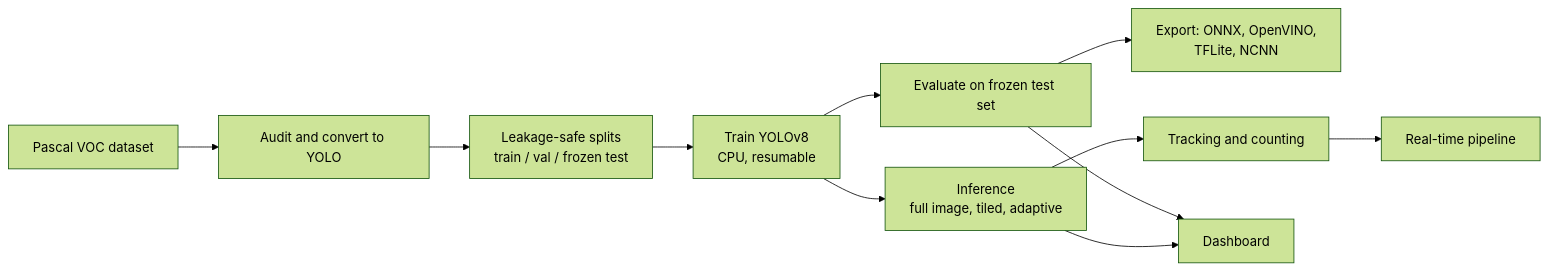
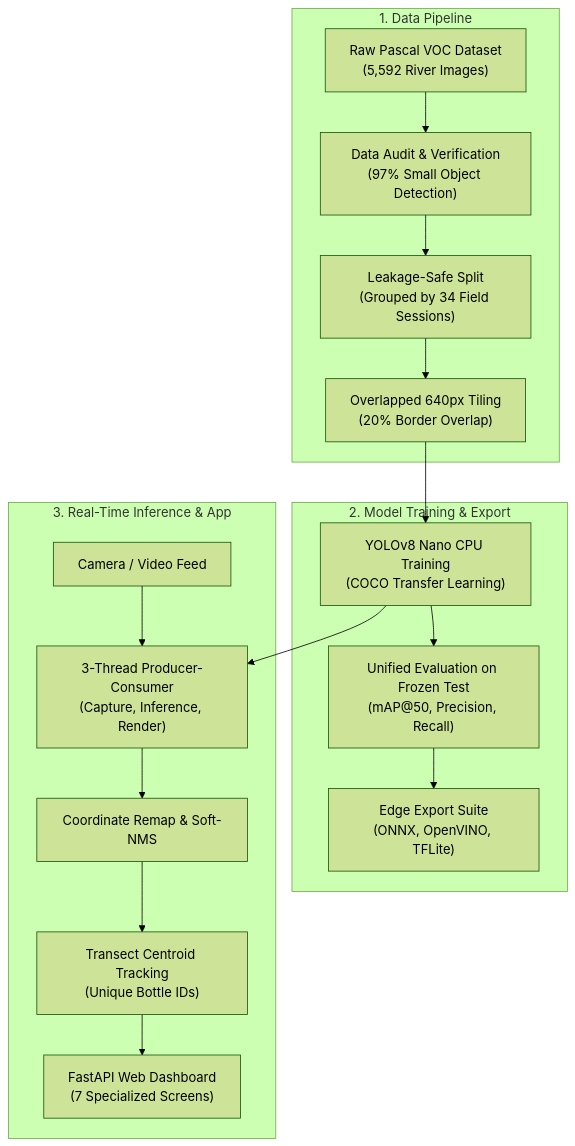
The diagram in README.md (ManasKrishna-21/PurifEye), drawn with Mermaid (forest theme) before and after one commit. The commit also changed other lines of this file, not shown here.

````diff
--- a/README.md
+++ b/README.md
@@ -46,13 +37,22 @@
 ```mermaid
-flowchart LR
-    A[Pascal VOC dataset] --> B[Audit and convert to YOLO]
-    B --> C[Leakage-safe splits<br/>train / val / frozen test]
-    C --> D[Train YOLOv8<br/>CPU, resumable]
-    D --> E[Evaluate on frozen test set]
-    E --> F[Export: ONNX, OpenVINO,<br/>TFLite, NCNN]
-    D --> G[Inference<br/>full image, tiled, adaptive]
-    G --> H[Tracking and counting]
-    H --> I[Real-time pipeline]
-    E --> J[Dashboard]
-    G --> J
+flowchart TD
+    subgraph Data["1. Data Pipeline"]
+        A["Raw Pascal VOC Dataset<br/>(5,592 River Images)"] --> B["Data Audit & Verification<br/>(97% Small Object Detection)"]
+        B --> C["Leakage-Safe Split<br/>(Grouped by 34 Field Sessions)"]
+        C --> D["Overlapped 640px Tiling<br/>(20% Border Overlap)"]
+    end
+
+    subgraph Modeling["2. Model Training & Export"]
+        D --> E["YOLOv8 Nano CPU Training<br/>(COCO Transfer Learning)"]
+        E --> F["Unified Evaluation on Frozen Test<br/>(mAP@50, Precision, Recall)"]
+        F --> G["Edge Export Suite<br/>(ONNX, OpenVINO, TFLite)"]
+    end
+
+    subgraph Execution["3. Real-Time Inference & App"]
+        H["Camera / Video Feed"] --> I["3-Thread Producer-Consumer<br/>(Capture, Inference, Render)"]
+        E --> I
+        I --> J["Coordinate Remap & Soft-NMS"]
+        J --> K["Transect Centroid Tracking<br/>(Unique Bottle IDs)"]
+        K --> L["FastAPI Web Dashboard<br/>(7 Specialized Screens)"]
+    end
 ```
````
